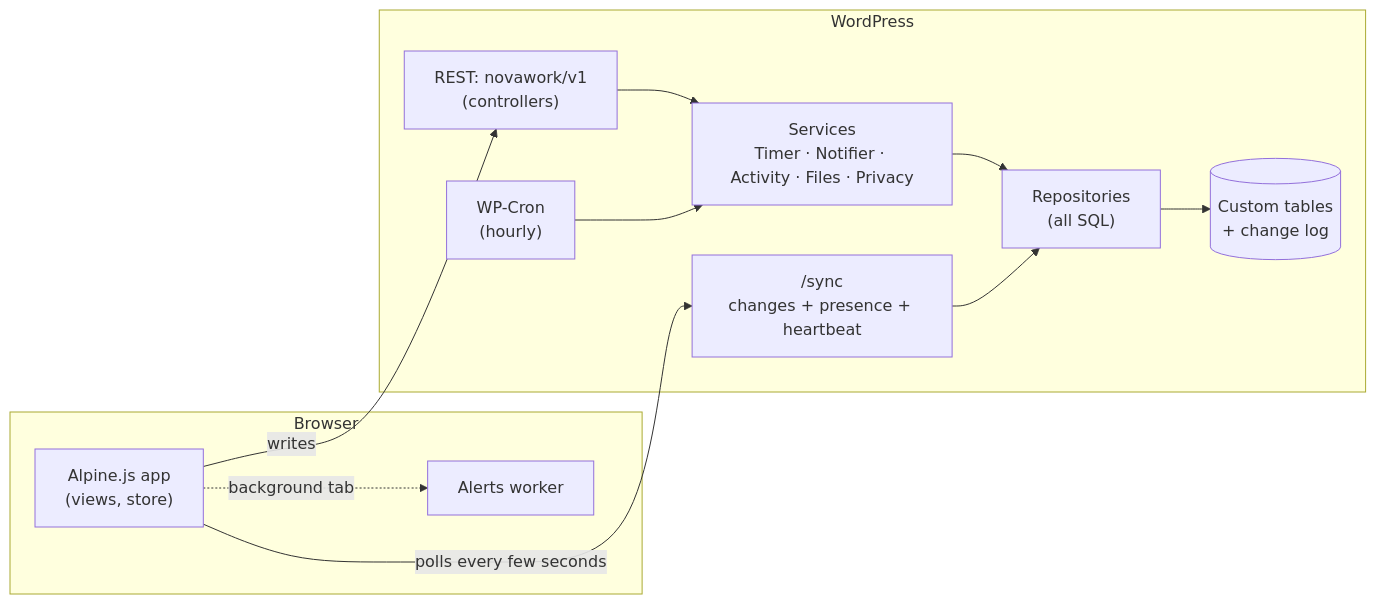
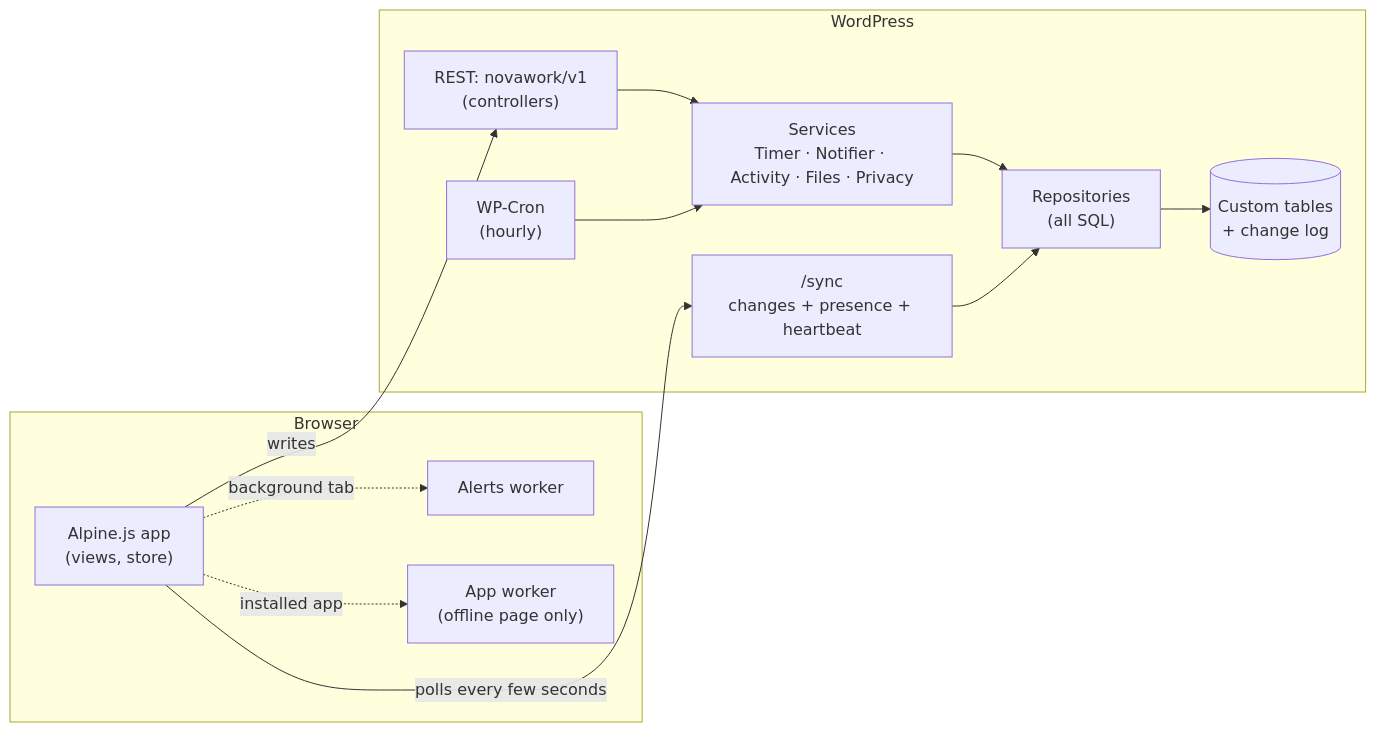
The diagram in README.md (unistudioco/novawork), drawn with Mermaid before and after one commit. The commit also changed other lines of this file and 7 other files, not shown here.

````diff
--- a/README.md
+++ b/README.md
@@ -115,21 +118,23 @@
 ```mermaid
 flowchart LR
   subgraph Browser
     A["Alpine.js app<br/>(views, store)"]
     W["Alerts worker"]
+    P["App worker<br/>(offline page only)"]
   end
   subgraph WordPress
     R["REST: novawork/v1<br/>(controllers)"]
     S["/sync<br/>changes + presence + heartbeat"]
     Svc["Services<br/>Timer · Notifier · Activity · Files · Privacy"]
     Repo["Repositories<br/>(all SQL)"]
     DB[("Custom tables<br/>+ change log")]
     Cron["WP-Cron<br/>(hourly)"]
   end
   A -- "writes" --> R
   A -- "polls every few seconds" --> S
   R --> Svc --> Repo --> DB
   S --> Repo
   Cron --> Svc
   A -. "background tab" .-> W
+  A -. "installed app" .-> P
 ```
````
